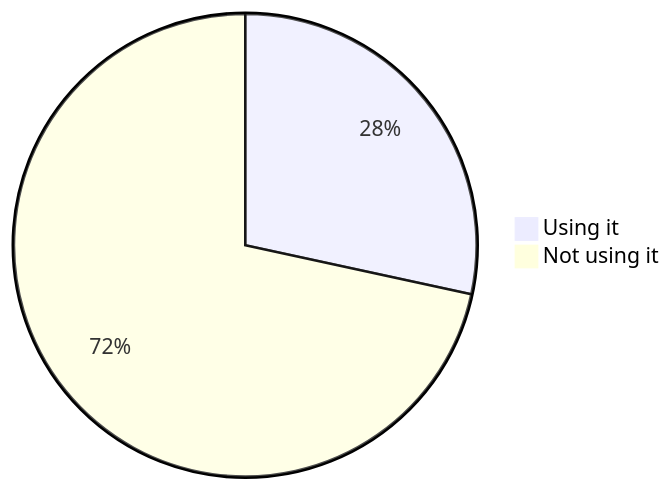
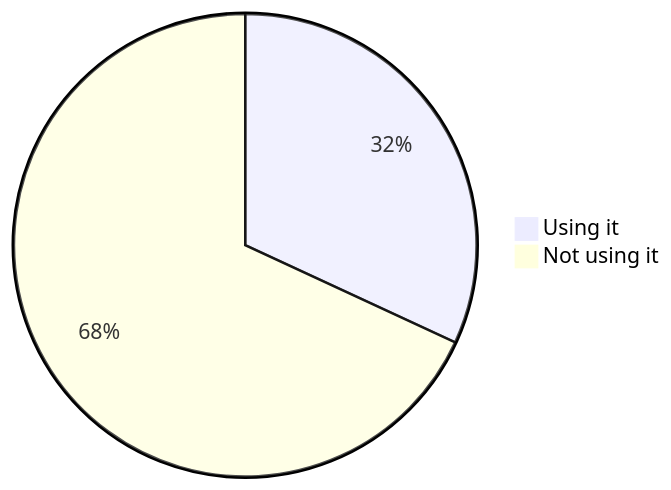
Diagram 14 of 22 in stats.md (oshp/oshp-stats), drawn with Mermaid before and after one commit. The commit also changed other lines of this file, not shown here.

````diff
--- a/stats.md
+++ b/stats.md
@@ -166,6 +166,6 @@
 ```mermaid
 pie
-	"Using it" : 28.4
-	"Not using it" : 71.6
+	"Using it" : 31.89
+	"Not using it" : 68.11
 
 ```
````
